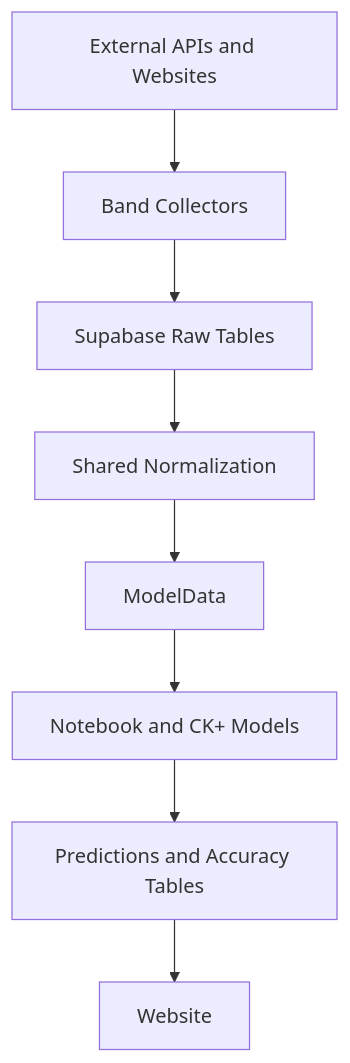
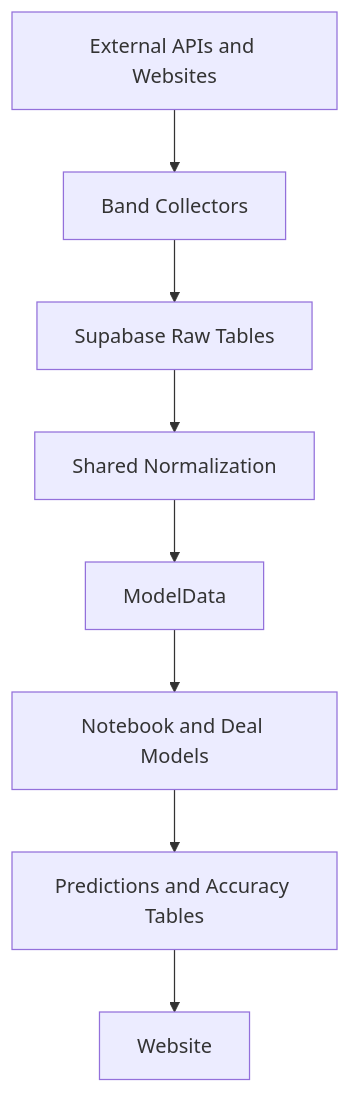
One commit to connorkitchings/JamBandNerd changed the diagram in docs/contributor/developer_guide/architecture.md. Above: the diagram before and after it, drawn with Mermaid. The commit also changed other lines of this file and 46 other files, not shown here.

````diff
--- a/docs/contributor/developer_guide/architecture.md
+++ b/docs/contributor/developer_guide/architecture.md
@@ -16,19 +16,19 @@
 ```mermaid
 graph TD
     A[External APIs and Websites]
     B[Band Collectors]
     C[Supabase Raw Tables]
     D[Shared Normalization]
     E[ModelData]
-    F[Notebook and CK+ Models]
+    F[Notebook and Deal Models]
     G[Predictions and Accuracy Tables]
     H[Website]
 
     A --> B
     B --> C
     C --> D
     D --> E
     E --> F
     F --> G
     G --> H
 ```
````
